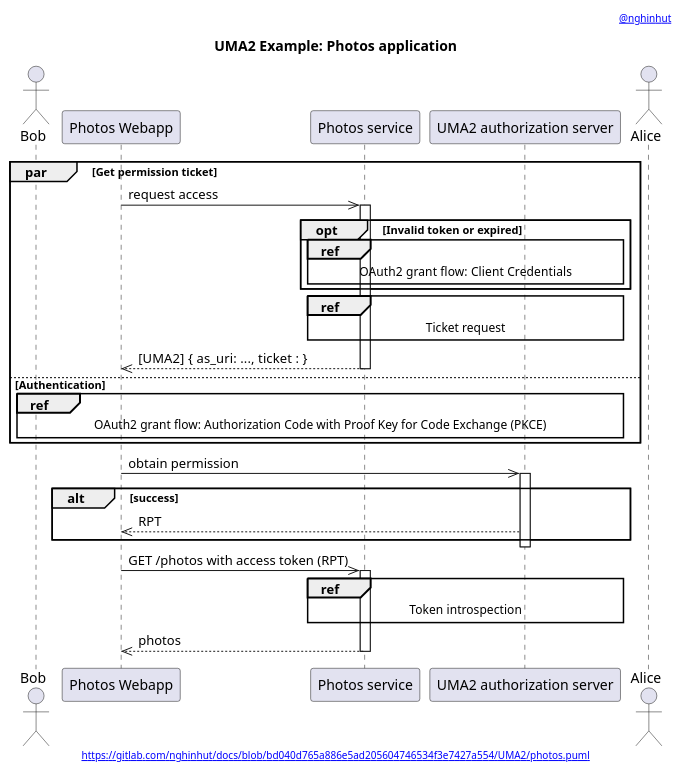
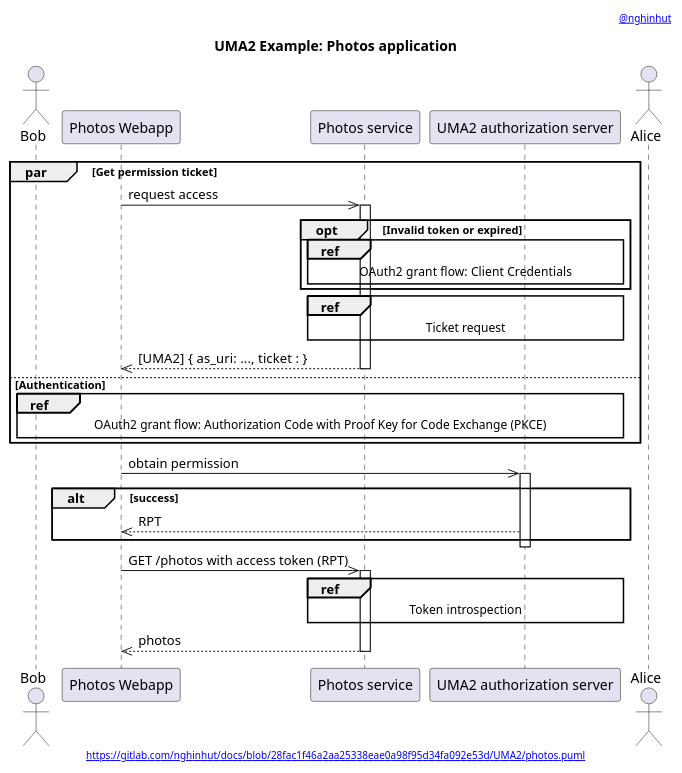
The diagram in UMA2/photos.apps.puml (nghinhut/docs), drawn with PlantUML before and after one commit. The commit also changed 18 other files, not shown here.

Commit message:
Update diagrams

```diff
--- a/UMA2/photos.apps.puml
+++ b/UMA2/photos.apps.puml
@@ -1,43 +1,43 @@
 @startuml
 '-----START auto generated metadata please keep comment here to allow auto update-----
 '-----DON'T EDIT THIS SECTION, INSTEAD RE-RUN prebuild.sh TO UPDATE-----
-header [[www.nghinhut.dev?from=http://www.plantuml.com/plantuml/proxy?fmt=svg&src=https://gitlab.com/nghinhut/docs/raw/bd040d765a886e5ad205604746534f3e7427a554/UMA2/photos.puml @nghinhut]]
-footer [[http://www.plantuml.com/plantuml/proxy?fmt=svg&src=https://gitlab.com/nghinhut/docs/raw/bd040d765a886e5ad205604746534f3e7427a554/UMA2/photos.puml https://gitlab.com/nghinhut/docs/blob/bd040d765a886e5ad205604746534f3e7427a554/UMA2/photos.puml]]
+header [[www.nghinhut.dev?from=http%5C%3A%5C%2F%5C%2Fwww%5C.plantuml%5C.com%5C%2Fplantuml%5C%2Fproxy%3Ffmt%3Dsvg%5C%26src%3Dhttps%5C%3A%5C%2F%5C%2Fgitlab%5C.com%5C%2Fnghinhut%5C%2Fdocs%5C%2Fraw%5C%2F28fac1f46a2aa25338eae0a98f95d34fa092e53d%5C%2FUMA2%5C%2Fphotos%5C.puml%0A @nghinhut]]
+footer [[http://www.plantuml.com/plantuml/proxy?fmt=svg&src=https://gitlab.com/nghinhut/docs/raw/28fac1f46a2aa25338eae0a98f95d34fa092e53d/UMA2/photos.puml https://gitlab.com/nghinhut/docs/blob/28fac1f46a2aa25338eae0a98f95d34fa092e53d/UMA2/photos.puml]]
 '-----END auto generated metadata please keep comment here to allow auto update-----
 title UMA2 Example: Photos application
 
 actor "Bob" as rp
 participant "Photos Webapp" as client
 participant "Photos service" as rs
 participant "UMA2 authorization server" as as
 actor "Alice" as ro
 
 par Get permission ticket
     client ->> rs : request access
     activate rs
 
     opt Invalid token or expired
         ref over rs, as : OAuth2 grant flow: Client  Credentials
     end
 
     ref over rs, as : Ticket request
 
     client <<-- rs : [UMA2] { as_uri: ...,  ticket : }
     deactivate rs
 else Authentication
     ref over rp, as : OAuth2 grant flow: Authorization Code with Proof Key for Code Exchange (PKCE)
 end
 
 client ->> as : obtain permission
 activate as
 alt success
 client <<-- as : RPT
 end
 deactivate as
 
 client ->> rs : GET /photos with access token (RPT)
 activate rs
 ref over rs, as : Token introspection
 client <<-- rs : photos
 deactivate rs
 @enduml
```
